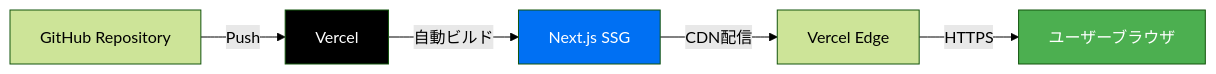
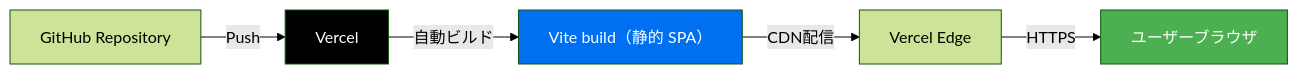
One commit to guchipa/chordlens changed the fourth of 4 diagrams in docs/ARCHITECTURE.md. Above: the diagram before and after it, drawn with Mermaid (forest theme). The commit also changed other lines of this file and 246 other files, not shown here.

````diff
--- a/docs/ARCHITECTURE.md
+++ b/docs/ARCHITECTURE.md
@@ -316,11 +317,11 @@
 ```mermaid
 graph LR
     A[GitHub Repository] -->|Push| B[Vercel]
-    B -->|自動ビルド| C[Next.js SSG]
+    B -->|自動ビルド| C[Vite build（静的 SPA）]
     C -->|CDN配信| D[Vercel Edge]
     D -->|HTTPS| E[ユーザーブラウザ]
     
     style B fill:#000,color:#fff
     style C fill:#0070f3,color:#fff
     style E fill:#4caf50,color:#fff
 ```
````
